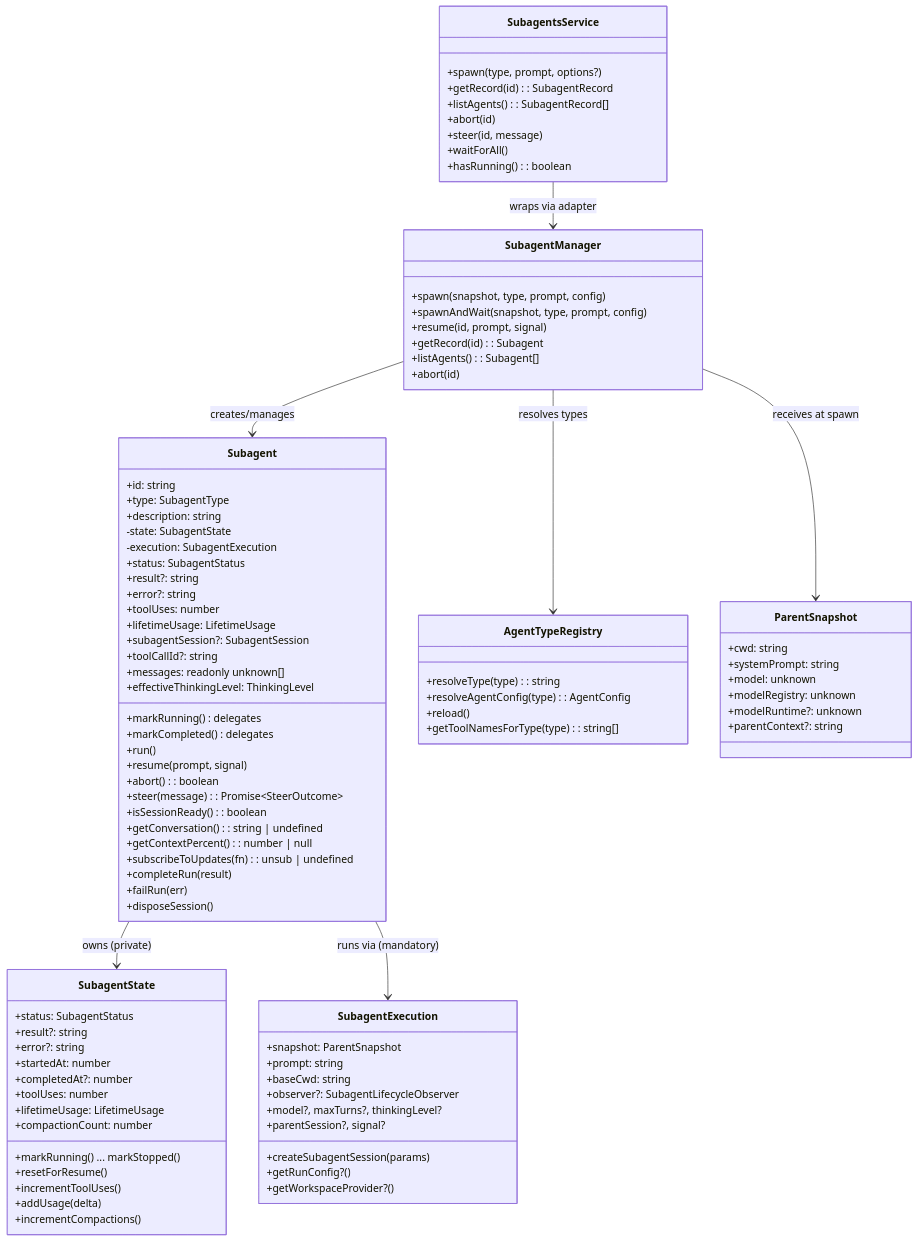
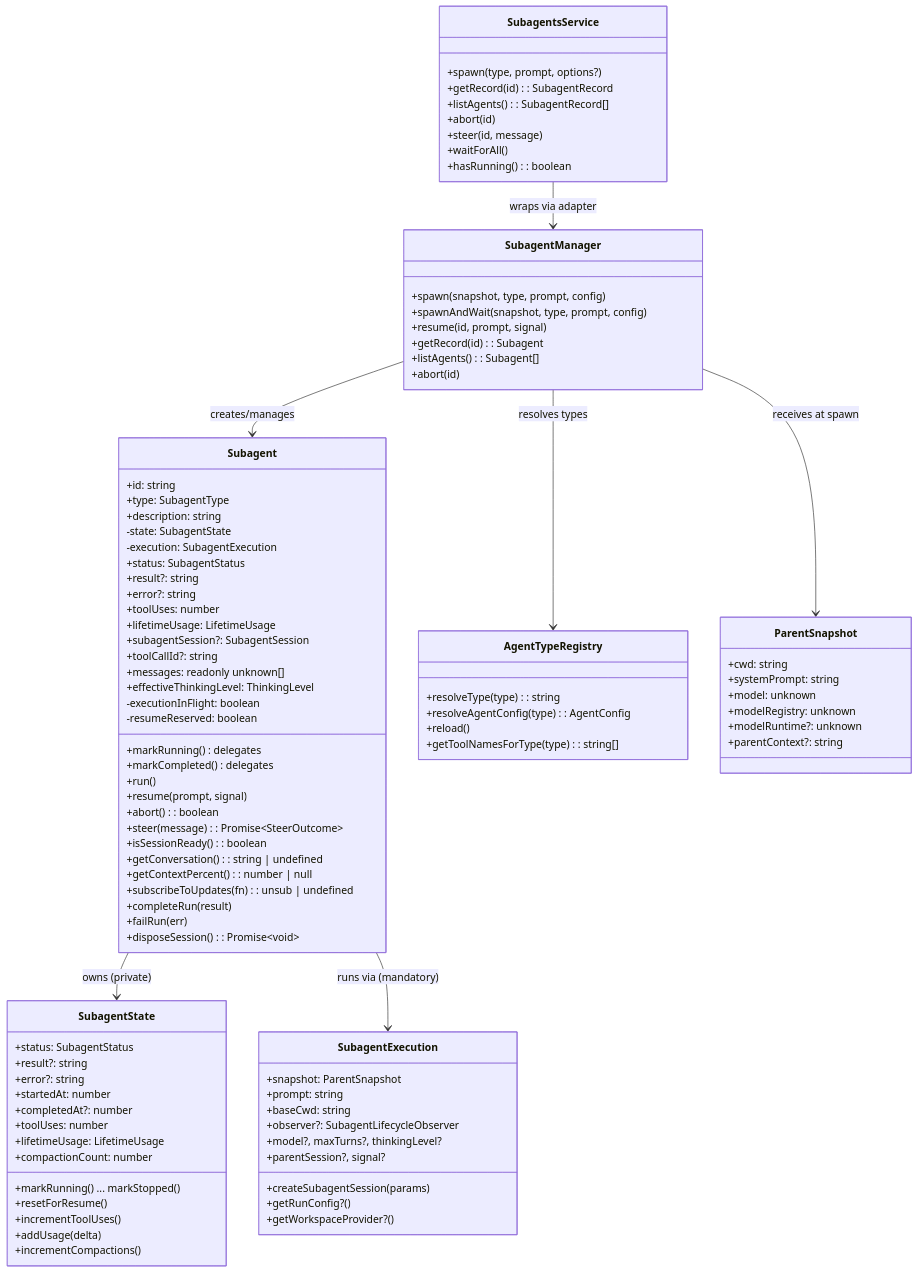
Before and after one commit to nklisch/pi-extensions: the second of 6 diagrams in packages/pi-subagents/docs/architecture/architecture.md, drawn with Mermaid. The commit also changed other lines of this file and 30 other files, not shown here.

```diff
--- a/packages/pi-subagents/docs/architecture/architecture.md
+++ b/packages/pi-subagents/docs/architecture/architecture.md
@@ -126,9 +126,11 @@
         +subscribeToUpdates(fn): unsub | undefined
         +messages: readonly unknown[]
         +effectiveThinkingLevel: ThinkingLevel
+        -executionInFlight: boolean
+        -resumeReserved: boolean
         +completeRun(result)
         +failRun(err)
-        +disposeSession()
+        +disposeSession(): Promise~void~
     }
 
     class SubagentState {
```
